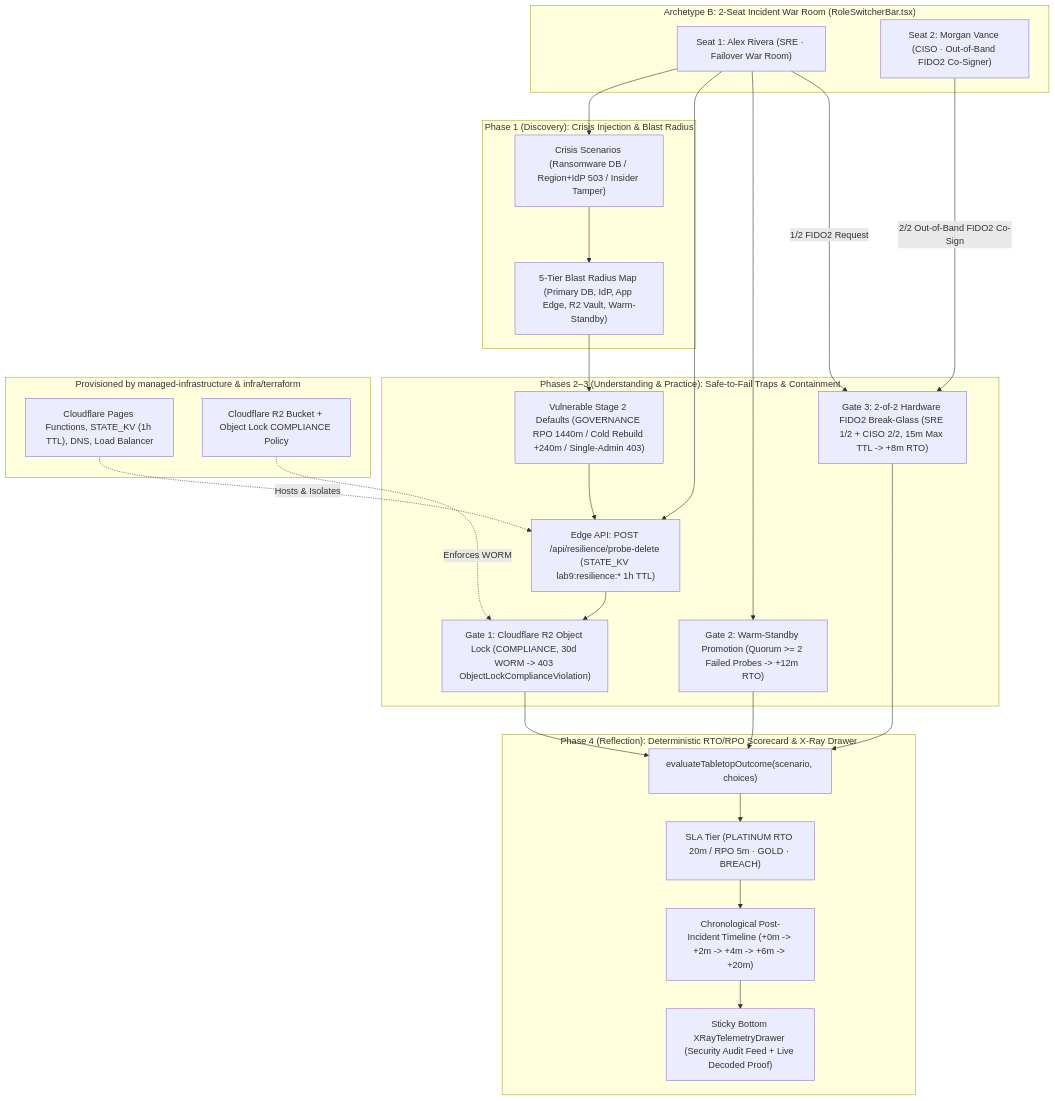
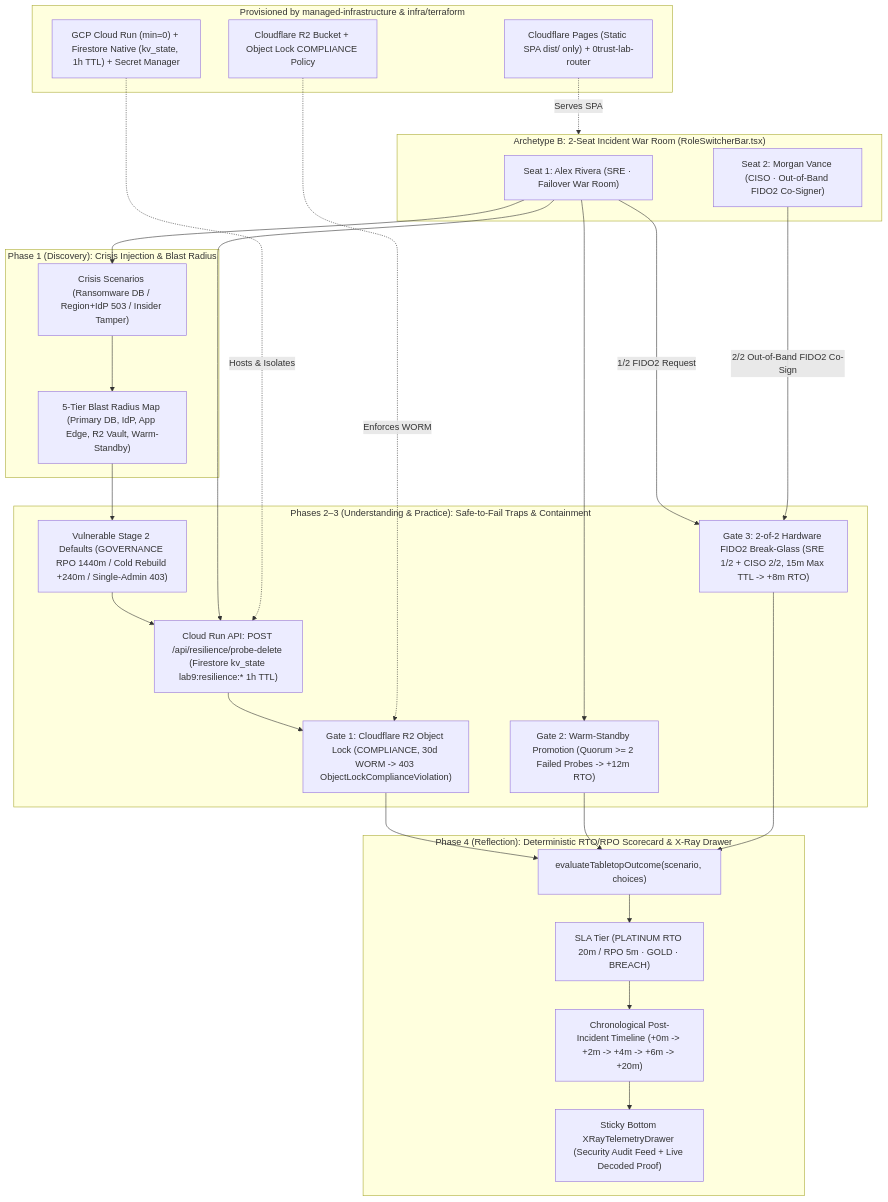
One commit to c2pig/0trust-lab-resilience-tabletop changed the second of 2 diagrams in docs/ARCHITECTURE.md. Above: the diagram before and after it, drawn with Mermaid. The commit also changed other lines of this file and 18 other files, not shown here.

Commit message:
feat(cloudrun): migrate Lab 9 API backend to GCP Cloud Run + Firestore Native (#3)

````diff
--- a/docs/ARCHITECTURE.md
+++ b/docs/ARCHITECTURE.md
@@ -12,47 +27,49 @@
 ```mermaid
 flowchart TB
     subgraph Seats ["Archetype B: 2-Seat Incident War Room (RoleSwitcherBar.tsx)"]
         SRE["Seat 1: Alex Rivera (SRE · Failover War Room)"]
         CISO["Seat 2: Morgan Vance (CISO · Out-of-Band FIDO2 Co-Signer)"]
     end
 
     subgraph S1 ["Phase 1 (Discovery): Crisis Injection & Blast Radius"]
         Scen["Crisis Scenarios (Ransomware DB / Region+IdP 503 / Insider Tamper)"]
         Map["5-Tier Blast Radius Map (Primary DB, IdP, App Edge, R2 Vault, Warm-Standby)"]
         Scen --> Map
     end
 
     subgraph S2 ["Phases 2–3 (Understanding & Practice): Safe-to-Fail Traps & Containment"]
         Traps["Vulnerable Stage 2 Defaults (GOVERNANCE RPO 1440m / Cold Rebuild +240m / Single-Admin 403)"]
-        Probe["Edge API: POST /api/resilience/probe-delete (STATE_KV lab9:resilience:* 1h TTL)"]
+        Probe["Cloud Run API: POST /api/resilience/probe-delete (Firestore kv_state lab9:resilience:* 1h TTL)"]
         R2["Gate 1: Cloudflare R2 Object Lock (COMPLIANCE, 30d WORM -> 403 ObjectLockComplianceViolation)"]
         Failover["Gate 2: Warm-Standby Promotion (Quorum >= 2 Failed Probes -> +12m RTO)"]
         BG["Gate 3: 2-of-2 Hardware FIDO2 Break-Glass (SRE 1/2 + CISO 2/2, 15m Max TTL -> +8m RTO)"]
         Traps --> Probe --> R2
     end
 
     subgraph S3 ["Phase 4 (Reflection): Deterministic RTO/RPO Scorecard & X-Ray Drawer"]
         Engine["evaluateTabletopOutcome(scenario, choices)"]
         SLA["SLA Tier (PLATINUM RTO 20m / RPO 5m · GOLD · BREACH)"]
         Timeline["Chronological Post-Incident Timeline (+0m -> +2m -> +4m -> +6m -> +20m)"]
         XRay["Sticky Bottom XRayTelemetryDrawer (Security Audit Feed + Live Decoded Proof)"]
         Engine --> SLA --> Timeline --> XRay
     end
 
     subgraph Infra ["Provisioned by managed-infrastructure & infra/terraform"]
-        TF_Edge["Cloudflare Pages Functions, STATE_KV (1h TTL), DNS, Load Balancer"]
+        TF_Pages["Cloudflare Pages (Static SPA dist/ only) + 0trust-lab-router"]
+        TF_CloudRun["GCP Cloud Run (min=0) + Firestore Native (kv_state, 1h TTL) + Secret Manager"]
         TF_R2["Cloudflare R2 Bucket + Object Lock COMPLIANCE Policy"]
     end
 
     SRE --> Scen
     Map --> Traps
     SRE --> Probe
     SRE --> Failover
     SRE -->|"1/2 FIDO2 Request"| BG
     CISO -->|"2/2 Out-of-Band FIDO2 Co-Sign"| BG
     R2 --> Engine
     Failover --> Engine
     BG --> Engine
-    TF_Edge -.->|"Hosts & Isolates"| Probe
+    TF_CloudRun -.->|"Hosts & Isolates"| Probe
+    TF_Pages -.->|"Serves SPA"| Seats
     TF_R2 -.->|"Enforces WORM"| R2
 ```
````
